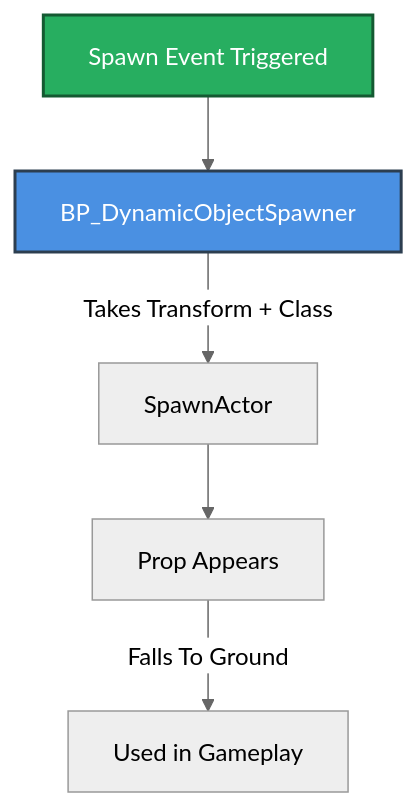
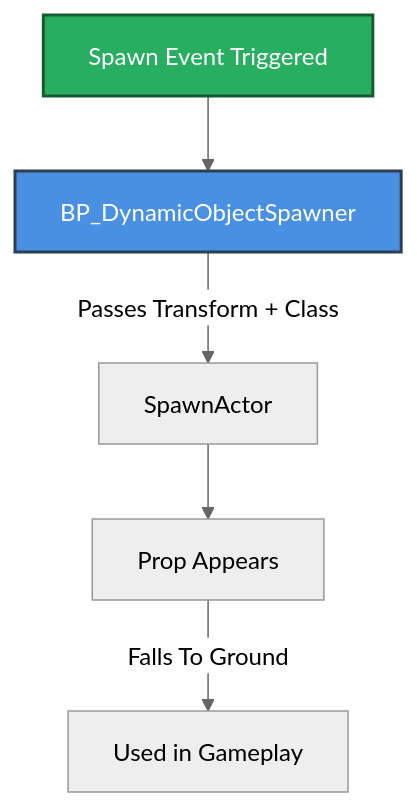
Before and after one commit to mrrobottrax/Chime: the third of 5 diagrams in README.md, drawn with Mermaid (neutral theme). The commit also changed other lines of this file, not shown here.

````diff
--- a/README.md
+++ b/README.md
@@ -63,10 +63,10 @@
 ```mermaid
 flowchart TD
     A[Spawn Event Triggered]:::event --> B[BP_DynamicObjectSpawner]:::spawner
-    B -->|Takes Transform + Class| C[SpawnActor]
+    B -->|Passes Transform + Class| C[SpawnActor]
     C --> D[Prop Appears]
     D -->|Falls To Ground| E[Used in Gameplay]
 
     classDef event fill:#27ae60,stroke:#145a32,stroke-width:2px,color:#fff
     classDef spawner fill:#4a90e2,stroke:#2c3e50,stroke-width:2px,color:#fff
 ```
````
